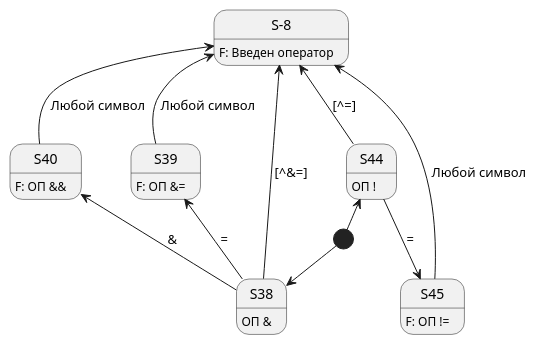
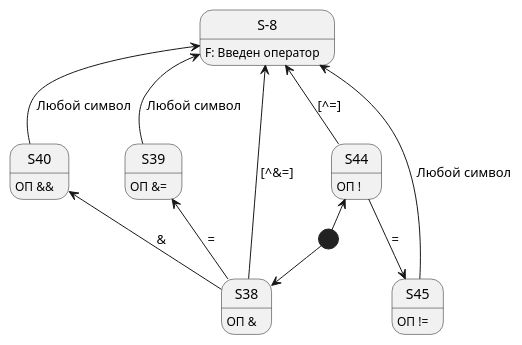
Before and after one commit to vladimirlll/CSharpLexicalAnalyzer: the diagram in Диаграмма состояния для ЛА/sd5.puml, drawn with PlantUML. The commit also changed 6 other files, not shown here.

Commit message:
Небольшие изменения - изменение нейминга в диаграммах, удаление мертвого кода

```diff
--- a/Диаграмма состояния для ЛА/sd5.puml
+++ b/Диаграмма состояния для ЛА/sd5.puml
@@ -1,23 +1,23 @@
 @startuml "sd5"
 
 state "S-8" as Operator
 Operator : F: Введен оператор
 
 [*] -right-> S38 : &
 S38 -up-> S39 : =
 S38 -up-> S40 : &
-S39 : F: ОП &=
+S39 : ОП &=
 S38 : ОП &
-S40 : F: ОП &&
+S40 : ОП &&
 S38 -up-> Operator : [^&=]
 S39 -up-> Operator : Любой символ
 S40 -up-> Operator : Любой символ
 
 [*] -left-> S44 : !
 S44 -down-> S45 : =
-S45 : F: ОП !=
+S45 : ОП !=
 S44 : ОП !
 S44 -up-> Operator : [^=]
 S45 -up-> Operator : Любой символ
 
 @enduml
```
